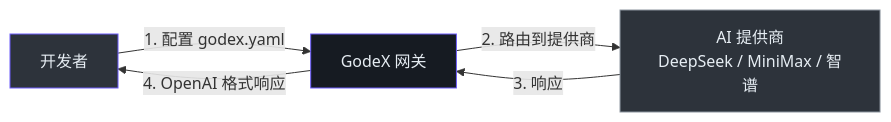
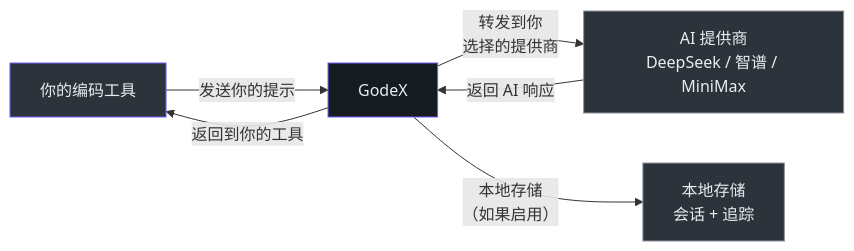
The fifth of 5 diagrams in wiki/zh/onboarding/product-manager-guide.md (zamelee/GodeX), drawn with Mermaid before and after one commit. The commit also changed other lines of this file and 120 other files, not shown here.

Commit message:
docs: comprehensive VitePress wiki with dark theme, EN/ZH sync, and Mermaid fixes (#118)

````diff
--- a/wiki/zh/onboarding/product-manager-guide.md
+++ b/wiki/zh/onboarding/product-manager-guide.md
@@ -18,11 +295,14 @@
 ```mermaid
 graph LR
-  DEV["开发者"] -->|"1. 配置 godex.yaml"| GODEX["GodeX 网关"]
-  GODEX -->|"2. 路由到提供商"| PROVIDER["AI 提供商<br>DeepSeek / MiniMax / 智谱"]
-  PROVIDER -->|"3. 响应"| GODEX
-  GODEX -->|"4. OpenAI 格式响应"| DEV
+  TOOL["你的编码工具"] -->|发送你的提示| GODEX["GodeX"]
+  GODEX -->|转发到你<br>选择的提供商| PROVIDER["AI 提供商<br>DeepSeek / 智谱 / MiniMax"]
+  PROVIDER -->|返回 AI 响应| GODEX
+  GODEX -->|返回到你的工具| TOOL
 
-  style DEV fill:#2d333b,stroke:#6d5dfc,color:#e6edf3
+  GODEX -->|本地存储<br>（如果启用）| LOCAL["本地存储<br>会话 + 追踪"]
+
+  style TOOL fill:#2d333b,stroke:#6d5dfc,color:#e6edf3
   style GODEX fill:#161b22,stroke:#6d5dfc,color:#e6edf3
   style PROVIDER fill:#2d333b,stroke:#8b949e,color:#e6edf3
+  style LOCAL fill:#2d333b,stroke:#8b949e,color:#e6edf3
 ```
````
